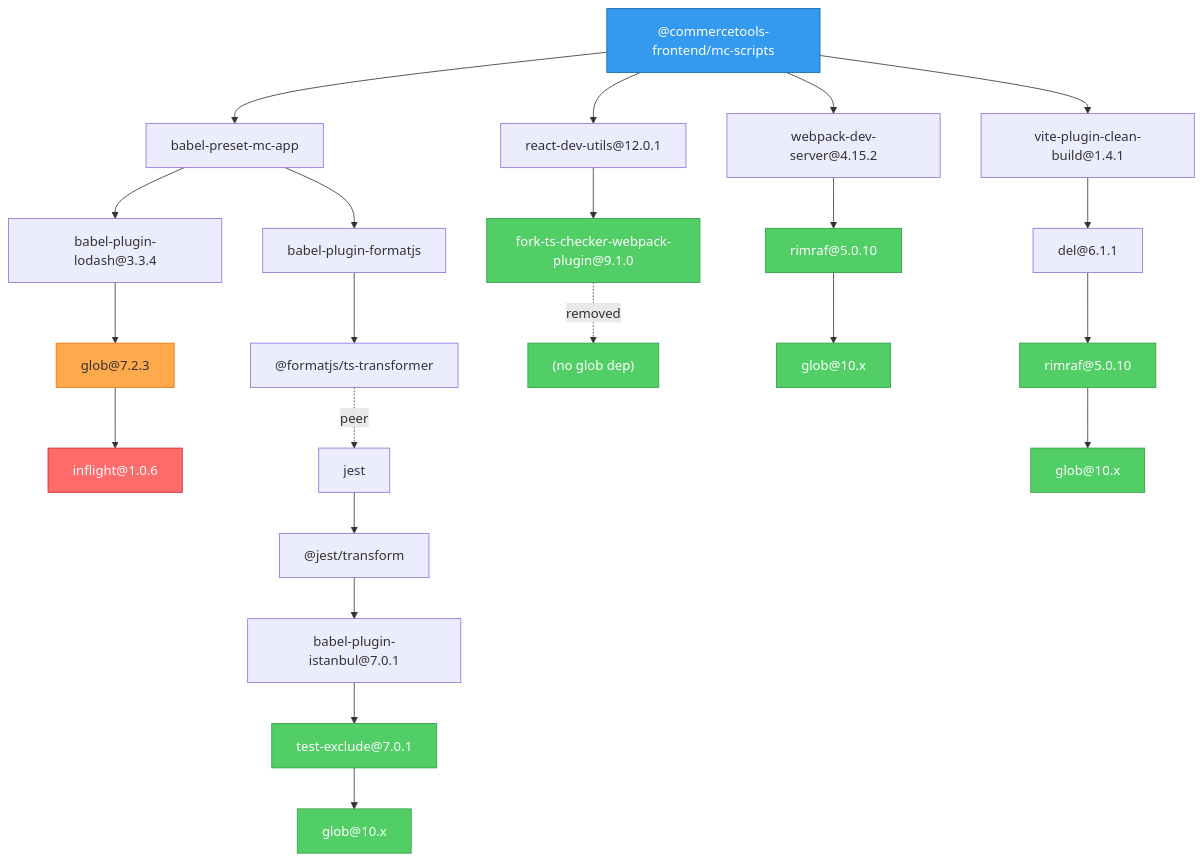
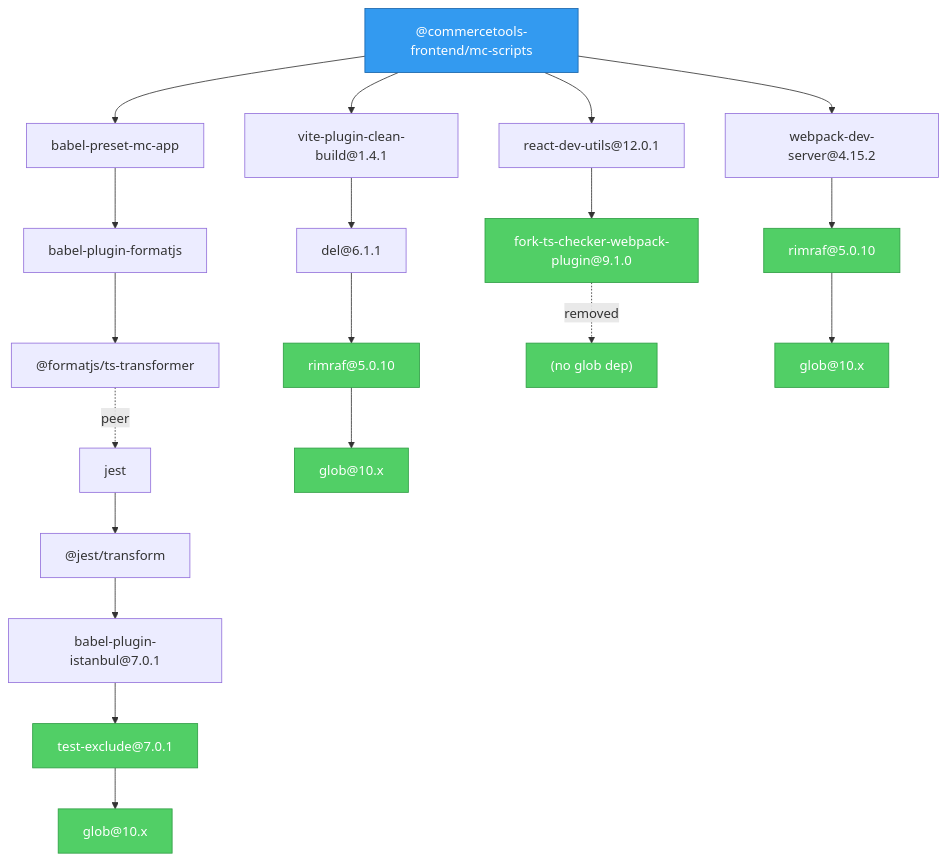
Before and after one commit to commercetools/merchant-center-application-kit: the third of 3 diagrams in docs/adr/inflight-vulnerability-mitigation.md, drawn with Mermaid. The commit also changed other lines of this file and 3 other files, not shown here.

First line of the commit message:
fix(deps): remove babel-plugin-lodash to resolve SNYK-JS-INFLIGHT-6095116

````diff
--- a/docs/adr/inflight-vulnerability-mitigation.md
+++ b/docs/adr/inflight-vulnerability-mitigation.md
@@ -155,45 +166,38 @@
 ```mermaid
 flowchart TD
     MCS["@commercetools-frontend/mc-scripts"]
 
     MCS --> BP["babel-preset-mc-app"]
     MCS --> RDU["react-dev-utils@12.0.1"]
     MCS --> WDS["webpack-dev-server@4.15.2"]
     MCS --> VPC["vite-plugin-clean-build@1.4.1"]
 
-    BP --> BPL["babel-plugin-lodash@3.3.4"]
     BP --> BPF["babel-plugin-formatjs"]
 
     BPF --> TST["@formatjs/ts-transformer"]
     TST -.->|peer| JEST["jest"]
     JEST --> JT["@jest/transform"]
     JT --> BPI["babel-plugin-istanbul@7.0.1"]
     BPI --> TE["test-exclude@7.0.1"]
 
     RDU --> FTC["fork-ts-checker-webpack-plugin@9.1.0"]
 
     WDS --> RIM1["rimraf@5.0.10"]
     VPC --> DEL["del@6.1.1"]
     DEL --> RIM2["rimraf@5.0.10"]
 
-    BPL --> G7["glob@7.2.3"]
-
     TE --> G10A["glob@10.x"]
     FTC -.->|removed| NONE["(no glob dep)"]
     RIM1 --> G10B["glob@10.x"]
     RIM2 --> G10C["glob@10.x"]
 
-    G7 --> INF["inflight@1.0.6"]
-
-    style INF fill:#ff6b6b,stroke:#c92a2a,color:#fff
-    style G7 fill:#ffa94d,stroke:#e67700
     style MCS fill:#339af0,stroke:#1864ab,color:#fff
     style G10A fill:#51cf66,stroke:#2f9e44,color:#fff
     style G10B fill:#51cf66,stroke:#2f9e44,color:#fff
     style G10C fill:#51cf66,stroke:#2f9e44,color:#fff
     style NONE fill:#51cf66,stroke:#2f9e44,color:#fff
     style TE fill:#51cf66,stroke:#2f9e44,color:#fff
     style FTC fill:#51cf66,stroke:#2f9e44,color:#fff
     style RIM1 fill:#51cf66,stroke:#2f9e44,color:#fff
     style RIM2 fill:#51cf66,stroke:#2f9e44,color:#fff
 ```
````
